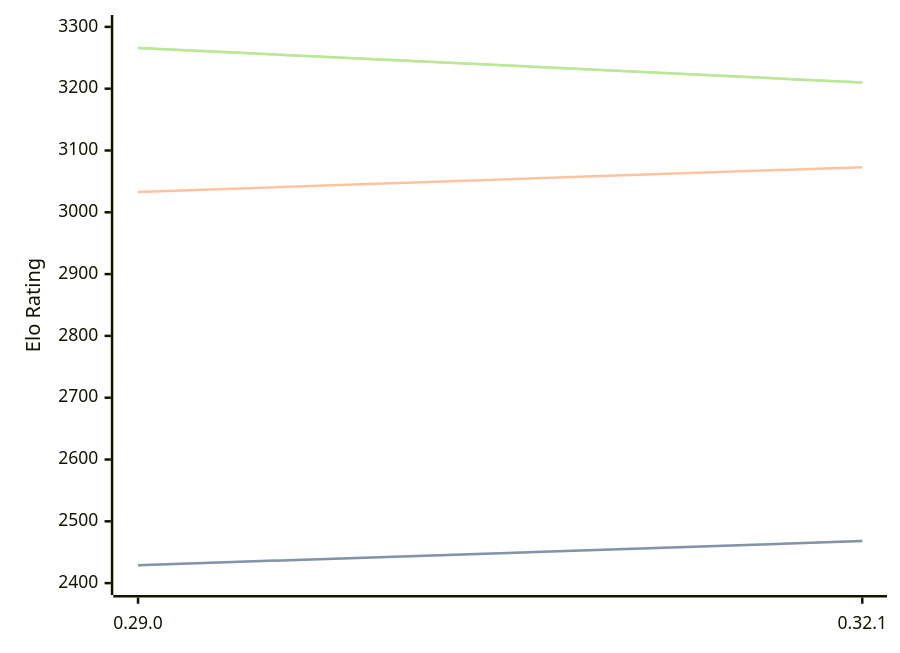
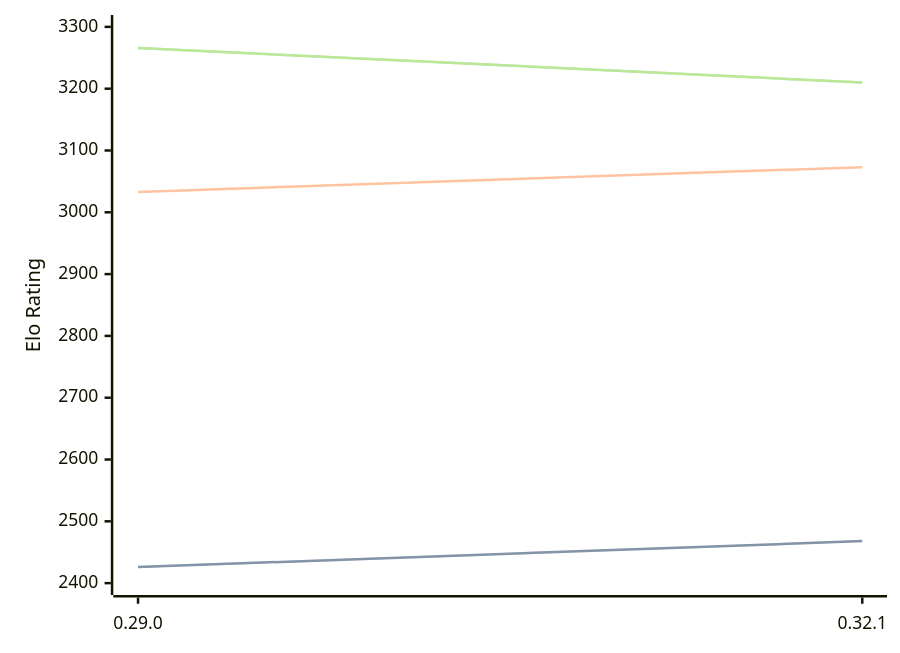
Before and after one commit to computer-chess-index/cci: the diagram in engines/Lc0.md, drawn with Mermaid. The commit also changed other lines of this file, not shown here.

Commit message:
Update CCI Ratings (ELO VLTC) - 2026-03-11

````diff
--- a/engines/Lc0.md
+++ b/engines/Lc0.md
@@ -66,11 +66,11 @@
 ```mermaid
 %%{init: {"theme":"base","themeVariables":{"seriesColors:['#a3a3a3','#222221','#faa371']}}}%%
 xychart-beta
   x-axis ["0.29.0", "0.32.1"]
   y-axis "Elo Rating" 2400 --> 3300
-  line "STC (8.0+0.08s)" [2429, 2468]
-  line "STC (8.0+0.08s)" [2429, 2468]
+  line "STC (8.0+0.08s)" [2426, 2468]
+  line "STC (8.0+0.08s)" [2426, 2468]
   line "LTC (60.0+0.60s)" [3033, 3073]
   line "VLTC (2m24s+1.12s)" [3266, 3210]
   line "VLTC (2m24s+1.12s)" [3266, 3210]
 ```
````
